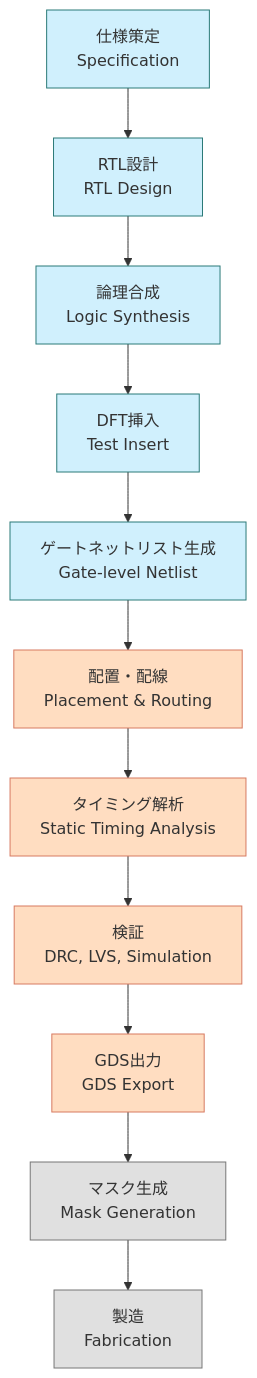
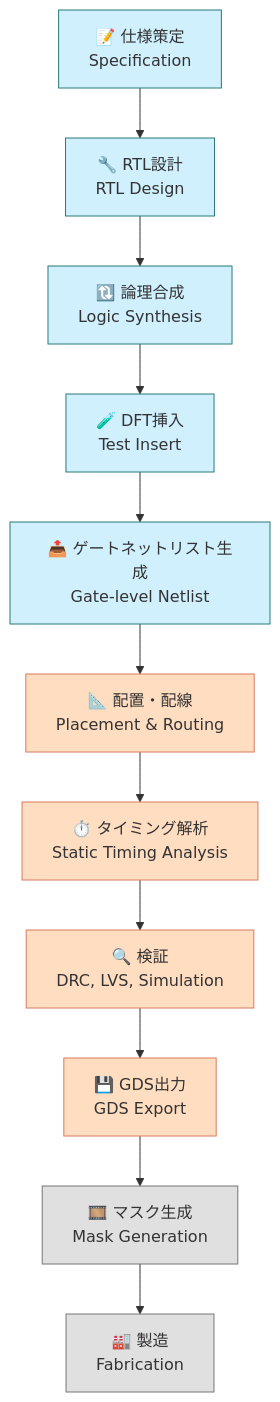
One commit to Samizo-AITL/Edusemi-v4x changed the diagram in chapter5_soc_design_flow/5.1_soc_design_flow.md. Above: the diagram before and after it, drawn with Mermaid. The commit also changed other lines of this file, not shown here.

````diff
--- a/chapter5_soc_design_flow/5.1_soc_design_flow.md
+++ b/chapter5_soc_design_flow/5.1_soc_design_flow.md
@@ -22,23 +26,23 @@
 ```mermaid
 graph TD
-    A[仕様策定<br>Specification] --> B[RTL設計<br>RTL Design]
-    B --> C[論理合成<br>Logic Synthesis]
-    C --> D[DFT挿入<br>Test Insert]
-    D --> E[ゲートネットリスト生成<br>Gate-level Netlist]
-    E --> F[配置・配線<br>Placement & Routing]
-    F --> G[タイミング解析<br>Static Timing Analysis]
-    G --> H[検証<br>DRC, LVS, Simulation]
-    H --> I[GDS出力<br>GDS Export]
-    I --> J[マスク生成<br>Mask Generation]
-    J --> K[製造<br>Fabrication]
+    A[📝 仕様策定<br>Specification] --> B[🔧 RTL設計<br>RTL Design]
+    B --> C[🔃 論理合成<br>Logic Synthesis]
+    C --> D[🧪 DFT挿入<br>Test Insert]
+    D --> E[📤 ゲートネットリスト生成<br>Gate-level Netlist]
+    E --> F[📐 配置・配線<br>Placement & Routing]
+    F --> G[⏱️ タイミング解析<br>Static Timing Analysis]
+    G --> H[🔍 検証<br>DRC, LVS, Simulation]
+    H --> I[💾 GDS出力<br>GDS Export]
+    I --> J[🎞️ マスク生成<br>Mask Generation]
+    J --> K[🏭 製造<br>Fabrication]
 
     %% 色分けスタイル定義
     classDef front_end fill:#D0F0FD,stroke:#2B7A78,stroke-width:1px;
     classDef back_end  fill:#FFDDC1,stroke:#D77A61,stroke-width:1px;
     classDef manuf     fill:#E0E0E0,stroke:#777,stroke-width:1px;
 
     %% クラス適用
     class A,B,C,D,E front_end;
     class F,G,H,I back_end;
     class J,K manuf;
 ```
````
